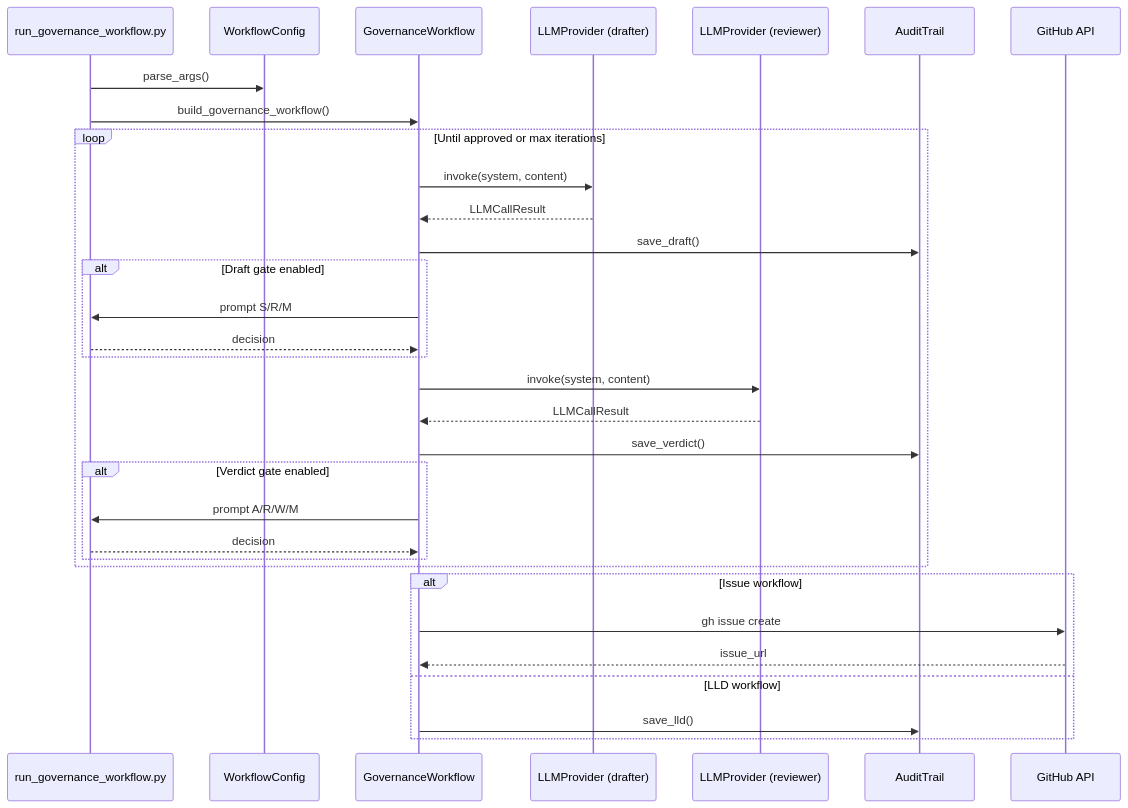
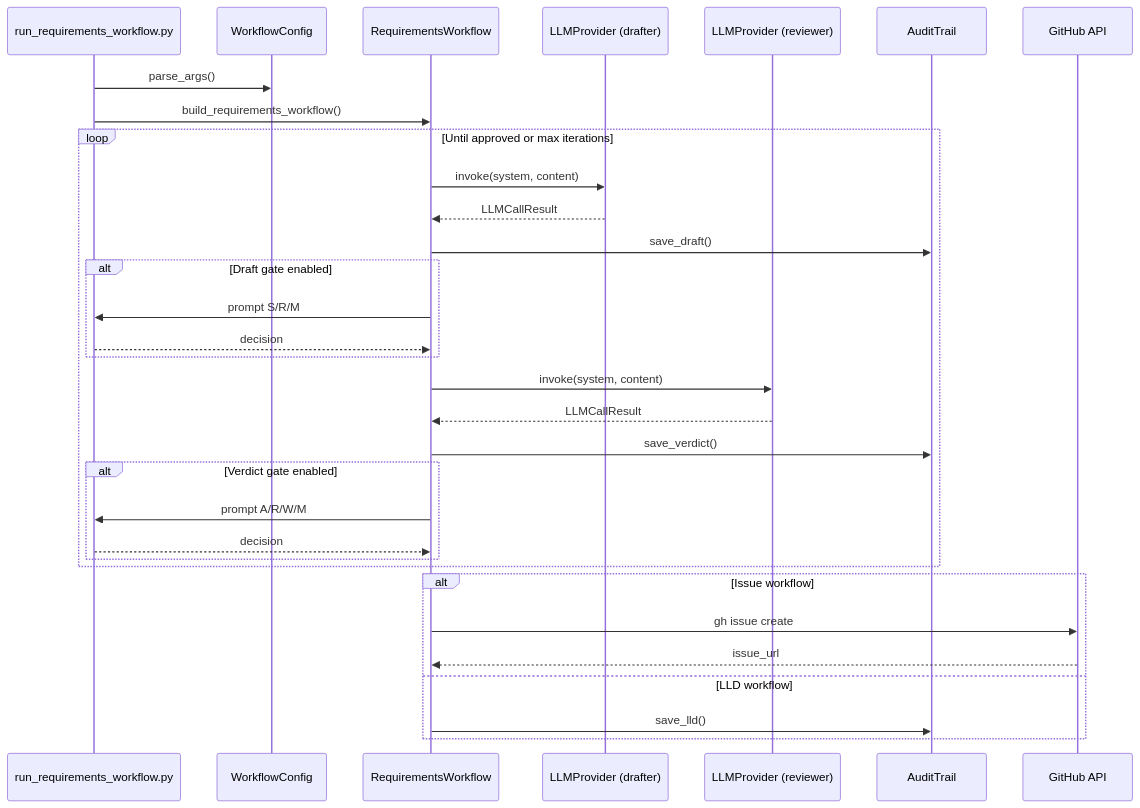
The second of 2 diagrams in docs/lld/active/LLD-101.md (martymcenroe/AgentOS), drawn with Mermaid before and after one commit. The commit also changed other lines of this file and 55 other files, not shown here.

First line of the commit message:
refactor: rename governance to requirements workflow and lld_reviewer (#105)

````diff
--- a/docs/lld/active/LLD-101.md
+++ b/docs/lld/active/LLD-101.md
@@ -1471,40 +1471,40 @@
 ```mermaid
 sequenceDiagram
-    participant CLI as run_governance_workflow.py
+    participant CLI as run_requirements_workflow.py
     participant Config as WorkflowConfig
-    participant Graph as GovernanceWorkflow
+    participant Graph as RequirementsWorkflow
     participant Drafter as LLMProvider (drafter)
     participant Reviewer as LLMProvider (reviewer)
     participant Audit as AuditTrail
     participant GitHub as GitHub API
 
     CLI->>Config: parse_args()
-    CLI->>Graph: build_governance_workflow()
+    CLI->>Graph: build_requirements_workflow()
 
     loop Until approved or max iterations
         Graph->>Drafter: invoke(system, content)
         Drafter-->>Graph: LLMCallResult
         Graph->>Audit: save_draft()
 
         alt Draft gate enabled
             Graph->>CLI: prompt S/R/M
             CLI-->>Graph: decision
         end
 
         Graph->>Reviewer: invoke(system, content)
         Reviewer-->>Graph: LLMCallResult
         Graph->>Audit: save_verdict()
 
         alt Verdict gate enabled
             Graph->>CLI: prompt A/R/W/M
             CLI-->>Graph: decision
         end
     end
 
     alt Issue workflow
         Graph->>GitHub: gh issue create
         GitHub-->>Graph: issue_url
     else LLD workflow
         Graph->>Audit: save_lld()
     end
 ```
````
